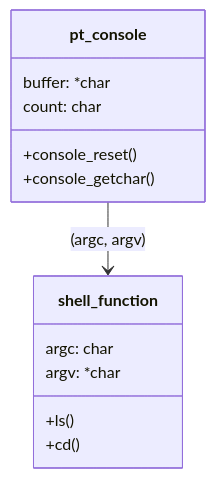
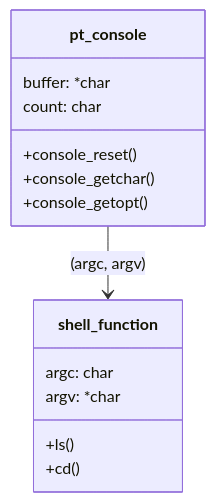
Before and after one commit to tim108108/rp2shell: the diagram in README.md, drawn with Mermaid. The commit also changed other lines of this file and 1 other file, not shown here.

````diff
--- a/README.md
+++ b/README.md
@@ -43,16 +45,17 @@
 ```mermaid
 classDiagram
     pt_console --> shell_function: (argc, argv)
     class pt_console{
         buffer: *char
         count: char
         +console_reset()
         +console_getchar()
+        +console_getopt()
     }
     class shell_function{
         argc: char
         argv: *char
         +ls()
         +cd()
     }
 ```
````
